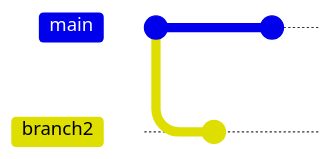
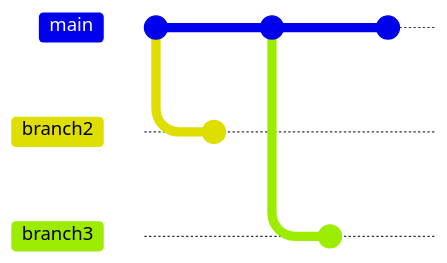
One commit to raulacava/myNotes changed the diagram in README.md. Above: the diagram before and after it, drawn with Mermaid. Commit ids are hidden.

Commit message:
5th Commit

````diff
--- a/README.md
+++ b/README.md
@@ -3,9 +3,13 @@
 ```mermaid
 %%{init:{'gitGraph':{'showCommitLabel':false}}}%%
 gitGraph
     commit
     branch branch2
     commit
     checkout main
     commit
+    branch branch3
+    commit
+    checkout main
+    commit
 ```
````
